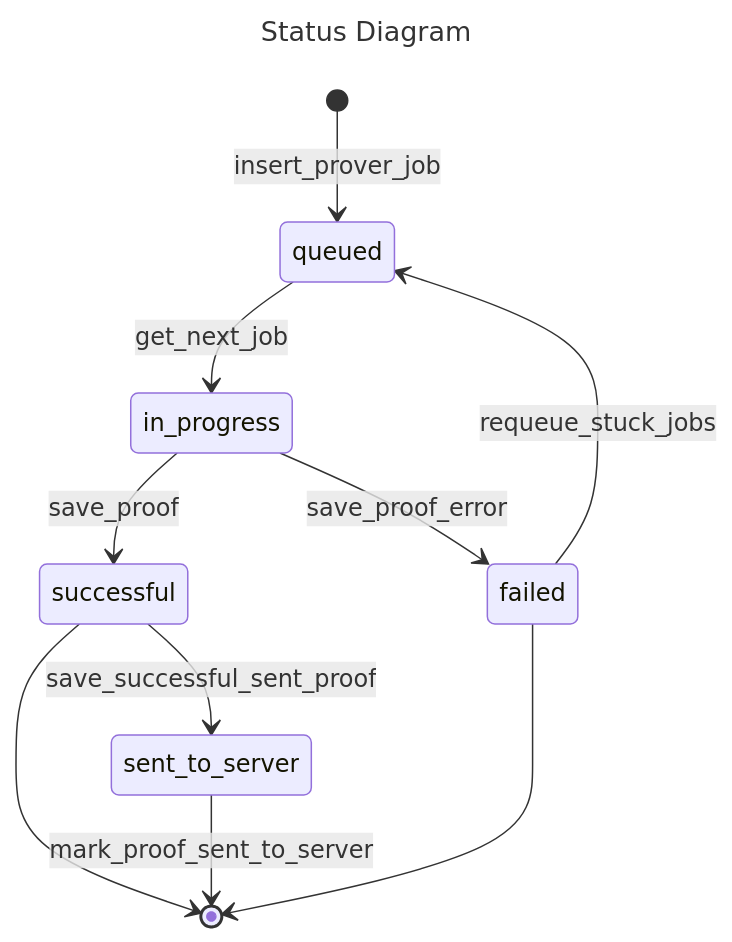
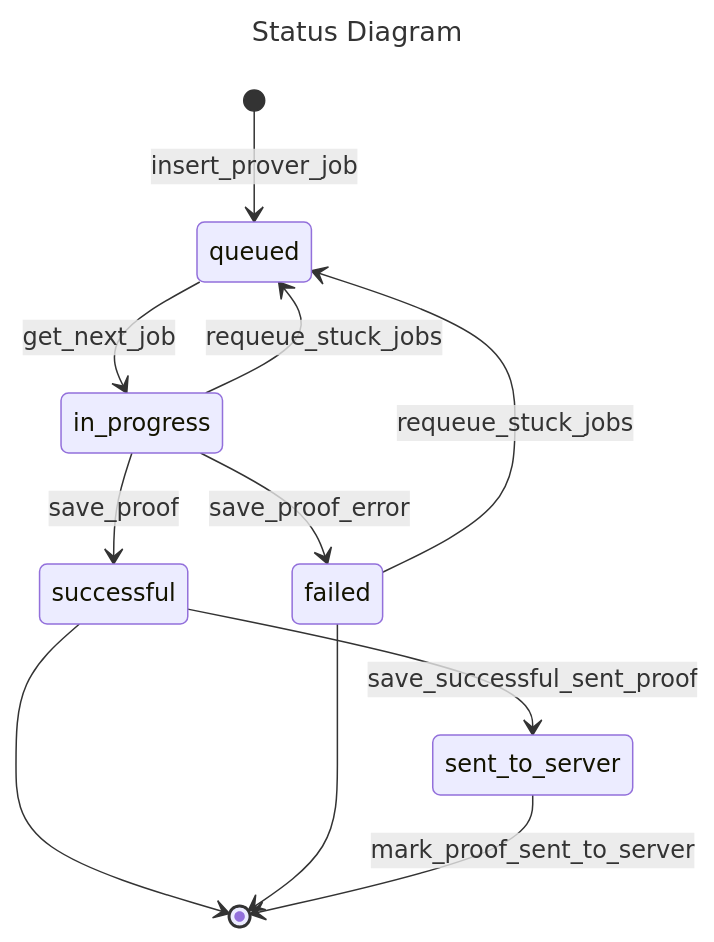
Before and after one commit to matter-labs/zksync-era: the diagram in core/lib/dal/doc/FriProverDal.md, drawn with Mermaid. The commit also changed 2 other files, not shown here.

Commit message:
chore: add in_precess->failed

````diff
--- a/core/lib/dal/doc/FriProverDal.md
+++ b/core/lib/dal/doc/FriProverDal.md
@@ -10,17 +10,18 @@
 ```mermaid
 ---
 title: Status Diagram
 ---
 stateDiagram-v2
 [*] --> queued : insert_prover_job
 queued --> in_progress : get_next_job
 in_progress --> successful : save_proof
 successful --> [*] 
 in_progress --> failed : save_proof_error
 failed --> [*]
 failed --> queued : requeue_stuck_jobs
+in_progress --> queued : requeue_stuck_jobs
 
 successful --> sent_to_server : save_successful_sent_proof
 sent_to_server --> [*] : mark_proof_sent_to_server
 
 ```
````
